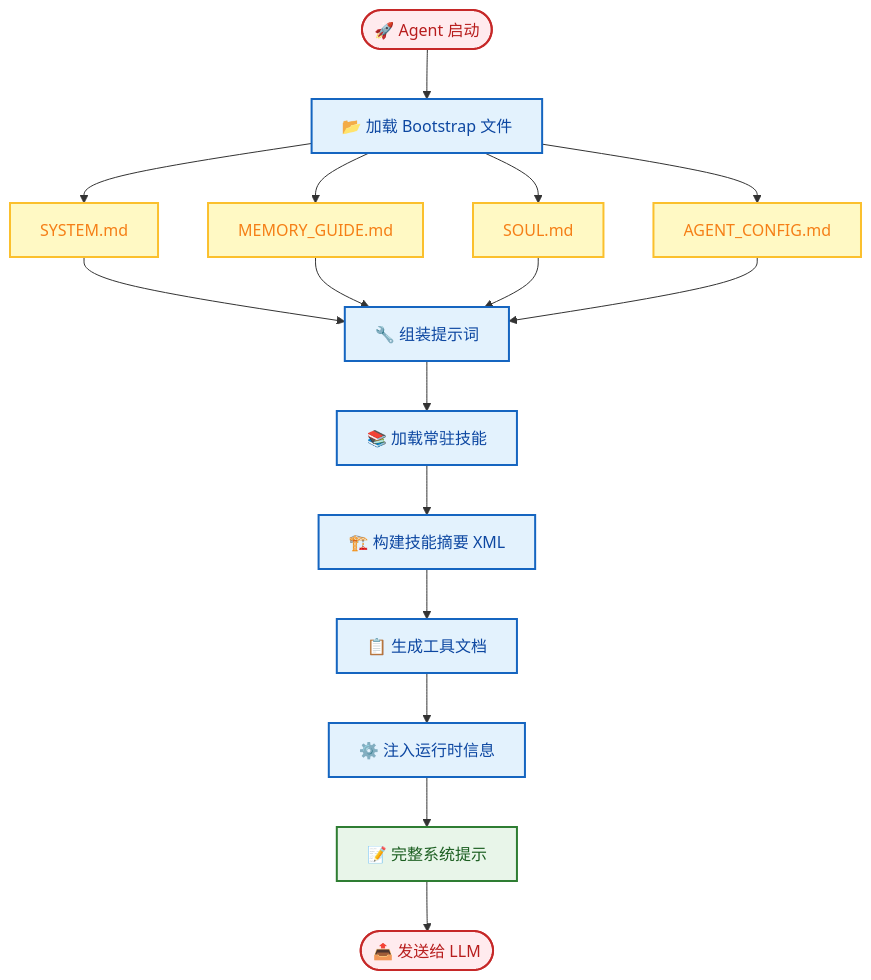
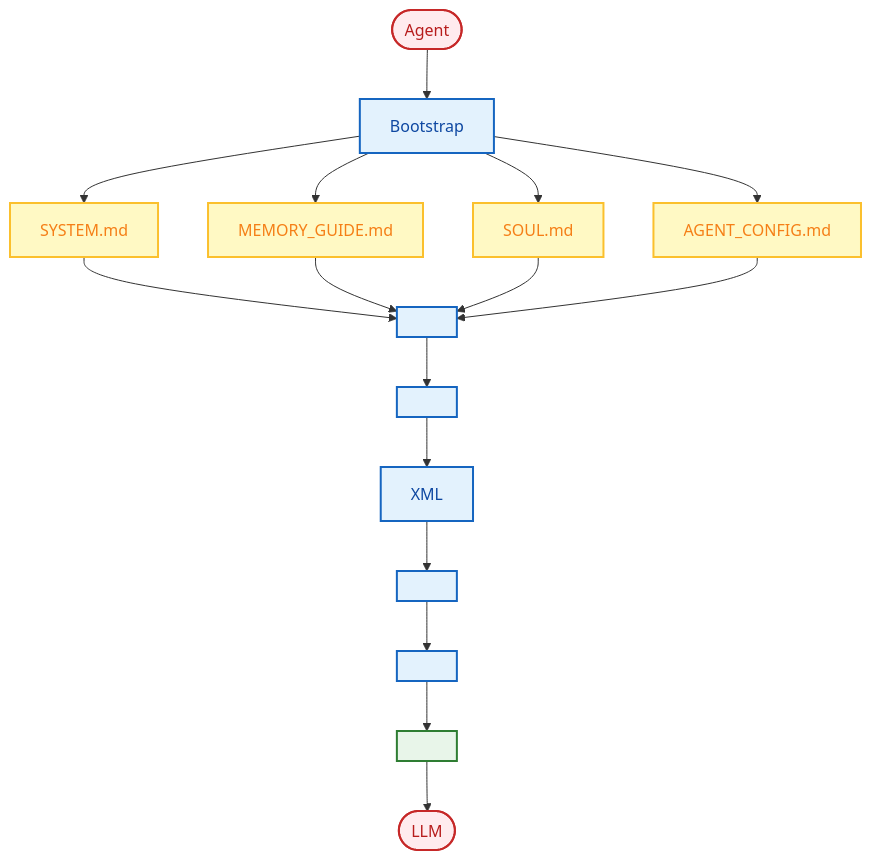
One commit to xt765/FinchBot changed the fourth of 6 diagrams in docs/zh-CN/blog/finchbot-flexible-ai-agent-framework.md. Above: the diagram before and after it, drawn with Mermaid. The commit also changed other lines of this file and 3 other files, not shown here.

````diff
--- a/docs/zh-CN/blog/finchbot-flexible-ai-agent-framework.md
+++ b/docs/zh-CN/blog/finchbot-flexible-ai-agent-framework.md
@@ -287,28 +287,28 @@
 ```mermaid
 flowchart TD
-    %% 样式定义
+    %% 
     classDef startEnd fill:#ffebee,stroke:#c62828,stroke-width:2px,color:#b71c1c;
     classDef process fill:#e3f2fd,stroke:#1565c0,stroke-width:2px,color:#0d47a1;
     classDef file fill:#fff9c4,stroke:#fbc02d,stroke-width:2px,color:#f57f17;
     classDef output fill:#e8f5e9,stroke:#2e7d32,stroke-width:2px,color:#1b5e20;
 
-    A([🚀 Agent 启动]):::startEnd --> B[📂 加载 Bootstrap 文件]:::process
+    A([ Agent ]):::startEnd --> B[  Bootstrap ]:::process
     
     B --> C[SYSTEM.md]:::file
     B --> D[MEMORY_GUIDE.md]:::file
     B --> E[SOUL.md]:::file
     B --> F[AGENT_CONFIG.md]:::file
 
-    C --> G[🔧 组装提示词]:::process
+    C --> G[ ]:::process
     D --> G
     E --> G
     F --> G
 
-    G --> H[📚 加载常驻技能]:::process
-    H --> I[🏗️ 构建技能摘要 XML]:::process
-    I --> J[📋 生成工具文档]:::process
-    J --> K[⚙️ 注入运行时信息]:::process
-    K --> L[📝 完整系统提示]:::output
+    G --> H[ ]:::process
+    H --> I[  XML]:::process
+    I --> J[ ]:::process
+    J --> K[ ]:::process
+    K --> L[ ]:::output
 
-    L --> M([📤 发送给 LLM]):::startEnd
+    L --> M([  LLM]):::startEnd
 ```
````
